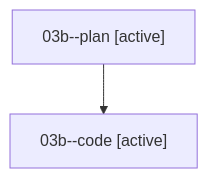
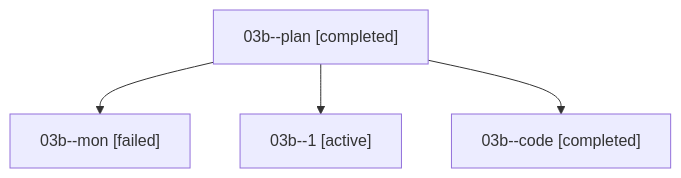
Before and after one commit to sase-org/sase--agents: the diagram in families/bbugyi200.athena.03b.md, drawn with Mermaid. The commit also changed other lines of this file and 75 other files, not shown here.

````diff
--- a/families/bbugyi200.athena.03b.md
+++ b/families/bbugyi200.athena.03b.md
@@ -9,6 +9,10 @@
 ```mermaid
 flowchart TD
-  n0["03b--plan [active]"]
-  n1["03b--code [active]"]
+  n0["03b--plan [completed]"]
+  n1["03b--mon [failed]"]
   n0 --> n1
+  n2["03b--1 [active]"]
+  n0 --> n2
+  n3["03b--code [completed]"]
+  n0 --> n3
 ```
````
